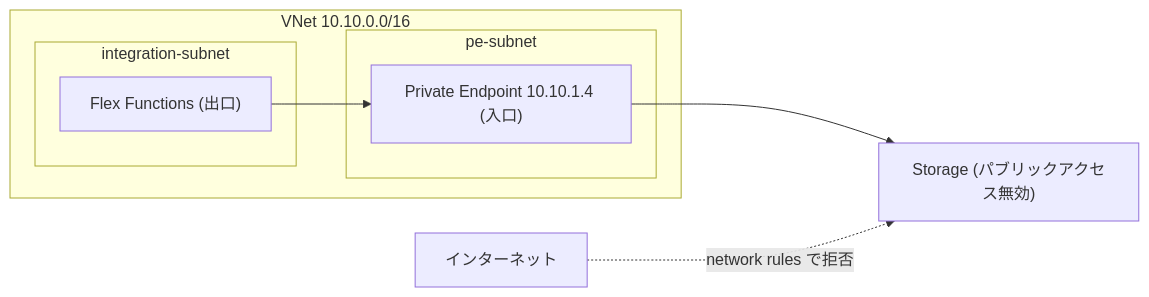
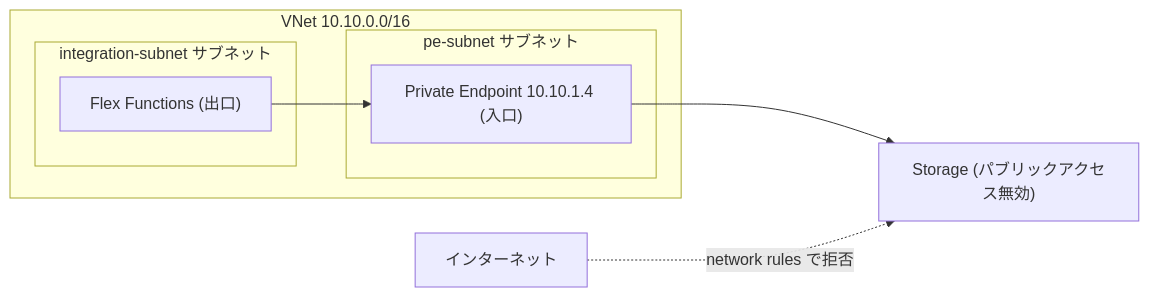
Before and after one commit to engineers-hub-ltd-in-house-project/azure-practice: the diagram in manuscript/part4/19-networking.md, drawn with Mermaid. The commit also changed 5 other files, not shown here.

First line of the commit message:
docs: 全章の図のノード表記を後置形式に統一する

````diff
--- a/manuscript/part4/19-networking.md
+++ b/manuscript/part4/19-networking.md
@@ -147,14 +147,14 @@
 ```mermaid
 flowchart LR
   subgraph V["VNet 10.10.0.0/16"]
-    subgraph S1["integration-subnet"]
+    subgraph S1["integration-subnet サブネット"]
       F["Flex Functions (出口)"]
     end
-    subgraph S2["pe-subnet"]
+    subgraph S2["pe-subnet サブネット"]
       PE["Private Endpoint 10.10.1.4 (入口)"]
     end
   end
   F --> PE
   PE --> ST["Storage (パブリックアクセス無効)"]
   X["インターネット"] -.->|"network rules で拒否"| ST
 ```
````
